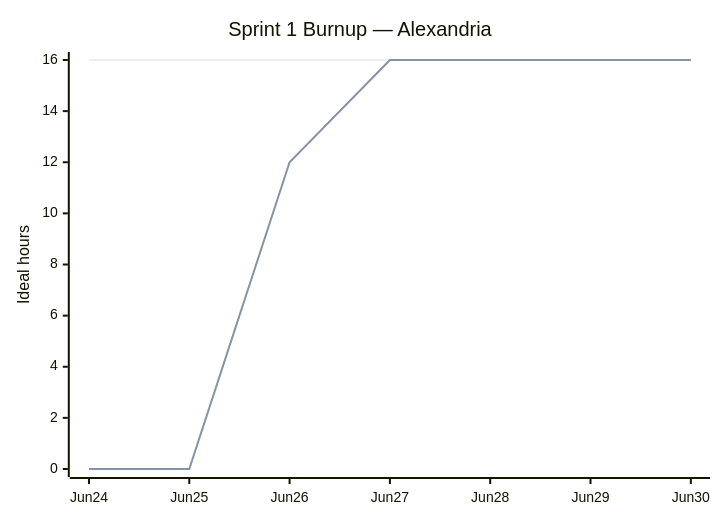
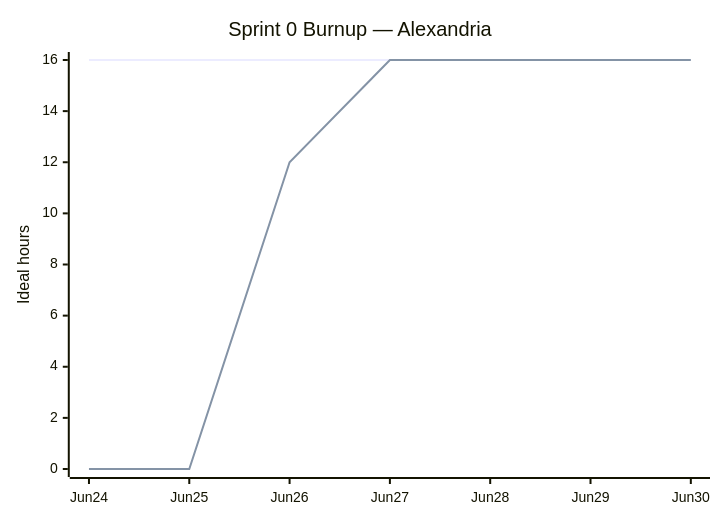
Before and after one commit to ucsc-cse115a-alexandria/alexandria: the diagram in docs/sprint-0-report.md, drawn with Mermaid. The commit also changed other lines of this file, not shown here.

Commit message:
fix: update Sprint 1 references to Sprint 0 in burnup chart documentation

````diff
--- a/docs/sprint-0-report.md
+++ b/docs/sprint-0-report.md
@@ -48,8 +48,8 @@
 ```mermaid
 xychart-beta
-    title "Sprint 1 Burnup — Alexandria"
+    title "Sprint 0 Burnup — Alexandria"
     x-axis [Jun24, Jun25, Jun26, Jun27, Jun28, Jun29, Jun30]
     y-axis "Ideal hours" 0 --> 16
     line [16, 16, 16, 16, 16, 16, 16]
     line [0, 0, 12, 16, 16, 16, 16]
 ```
````
